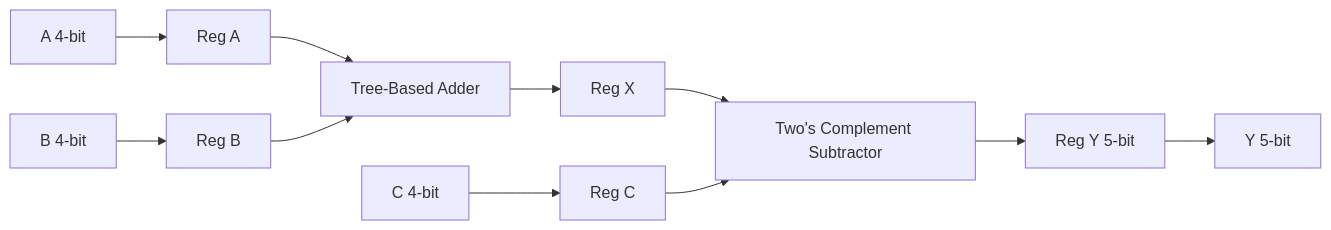
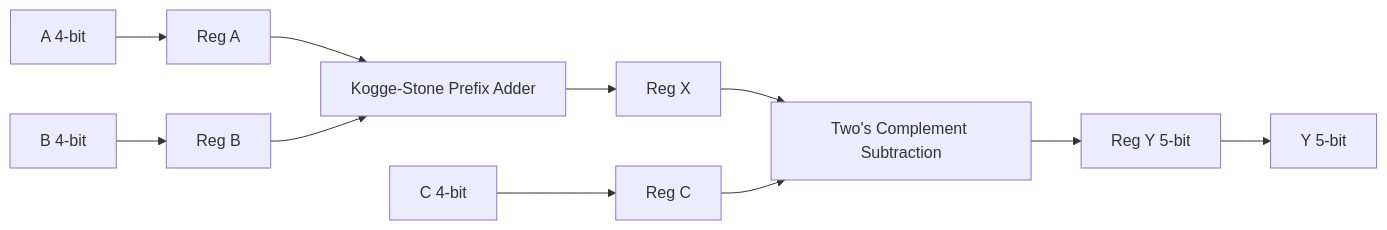
The diagram in README.md (Asaf-Alber/4bit-alu-virtuoso), drawn with Mermaid before and after one commit. The commit also changed other lines of this file, not shown here.

````diff
--- a/README.md
+++ b/README.md
@@ -17,15 +17,15 @@
 ```mermaid
 flowchart LR
   A[A 4-bit] --> RA[Reg A]
   B[B 4-bit] --> RB[Reg B]
   C[C 4-bit] --> RC[Reg C]
 
-  RA --> ADD[Tree-Based Adder]
+  RA --> ADD[Kogge-Stone Prefix Adder]
   RB --> ADD
   ADD --> RX[Reg X]
 
-  RX --> SUB[Two's Complement Subtractor]
+  RX --> SUB[Two's Complement Subtraction]
   RC --> SUB
   SUB --> RY[Reg Y 5-bit]
   RY --> Y[Y 5-bit]
 ```
````
